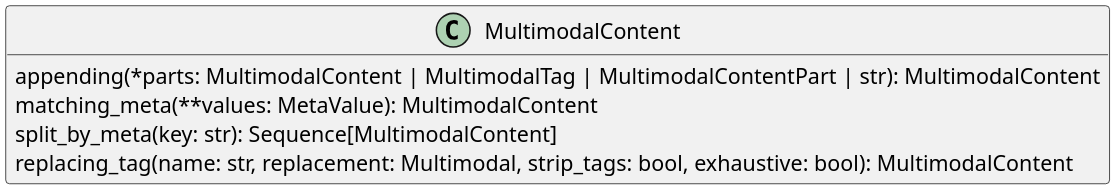
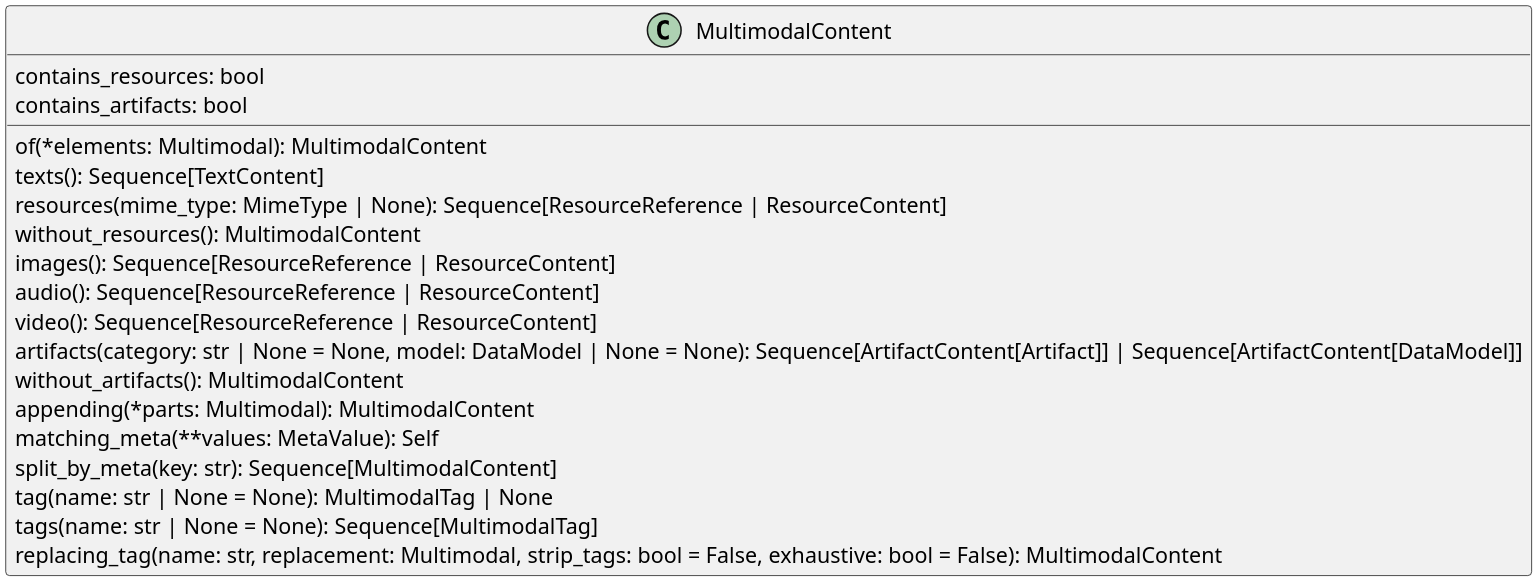
One commit to miquido/draive changed the diagram in docs/diagrams/src/multimodal_content.puml. Above: the diagram before and after it, drawn with PlantUML. The commit also changed 2 other files, not shown here.

Commit message:
multimodal-data docs name changed

```diff
--- a/docs/diagrams/src/multimodal_content.puml
+++ b/docs/diagrams/src/multimodal_content.puml
@@ -1,11 +1,24 @@
 @startuml MultimodalContent
 skinparam Dpi 300
 
 class MultimodalContent {
-    appending(*parts: MultimodalContent | MultimodalTag | MultimodalContentPart | str): MultimodalContent
-    matching_meta(**values: MetaValue): MultimodalContent
+    contains_resources: bool
+    contains_artifacts: bool
+
+    of(*elements: Multimodal): MultimodalContent
+    texts(): Sequence[TextContent]
+    resources(mime_type: MimeType | None): Sequence[ResourceReference | ResourceContent]
+    without_resources(): MultimodalContent
+    images(): Sequence[ResourceReference | ResourceContent]
+    audio(): Sequence[ResourceReference | ResourceContent]
+    video(): Sequence[ResourceReference | ResourceContent]
+    artifacts(category: str | None = None, model: DataModel | None = None): Sequence[ArtifactContent[Artifact]] | Sequence[ArtifactContent[DataModel]]
+    without_artifacts(): MultimodalContent
+    appending(*parts: Multimodal): MultimodalContent
+    matching_meta(**values: MetaValue): Self
     split_by_meta(key: str): Sequence[MultimodalContent]
-    replacing_tag(name: str, replacement: Multimodal, strip_tags: bool, exhaustive: bool): MultimodalContent
+    tag(name: str | None = None): MultimodalTag | None
+    tags(name: str | None = None): Sequence[MultimodalTag]
+    replacing_tag(name: str, replacement: Multimodal, strip_tags: bool = False, exhaustive: bool = False): MultimodalContent
 }
-hide MultimodalContent attributes
 @enduml
```
